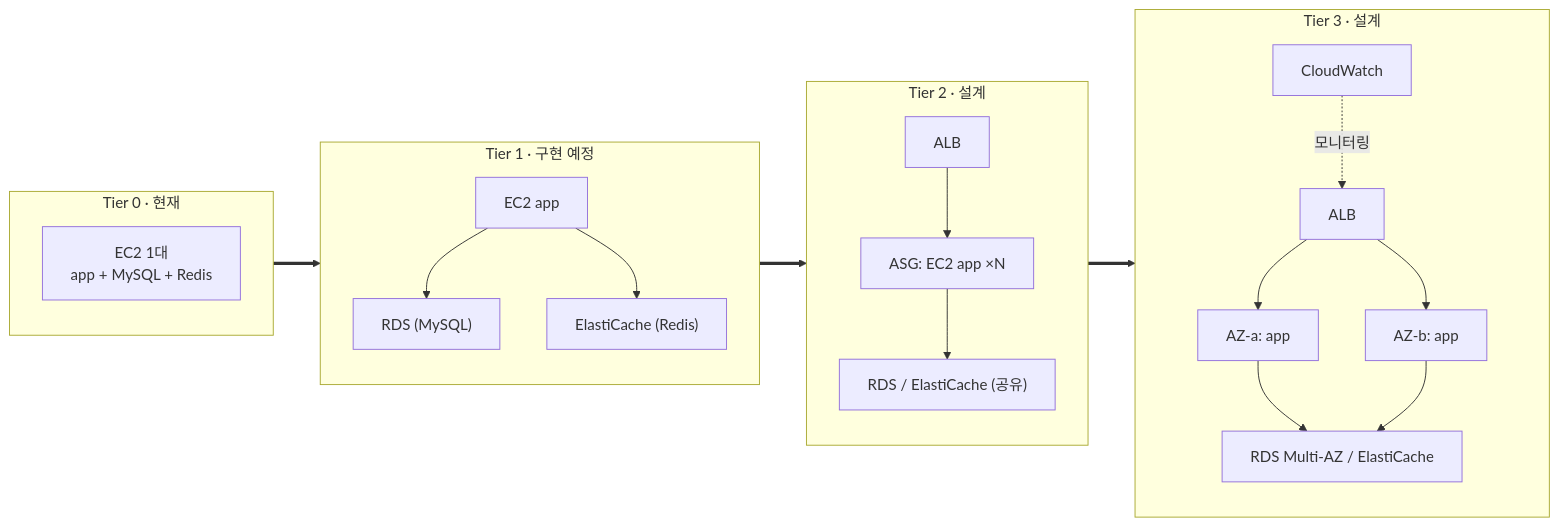
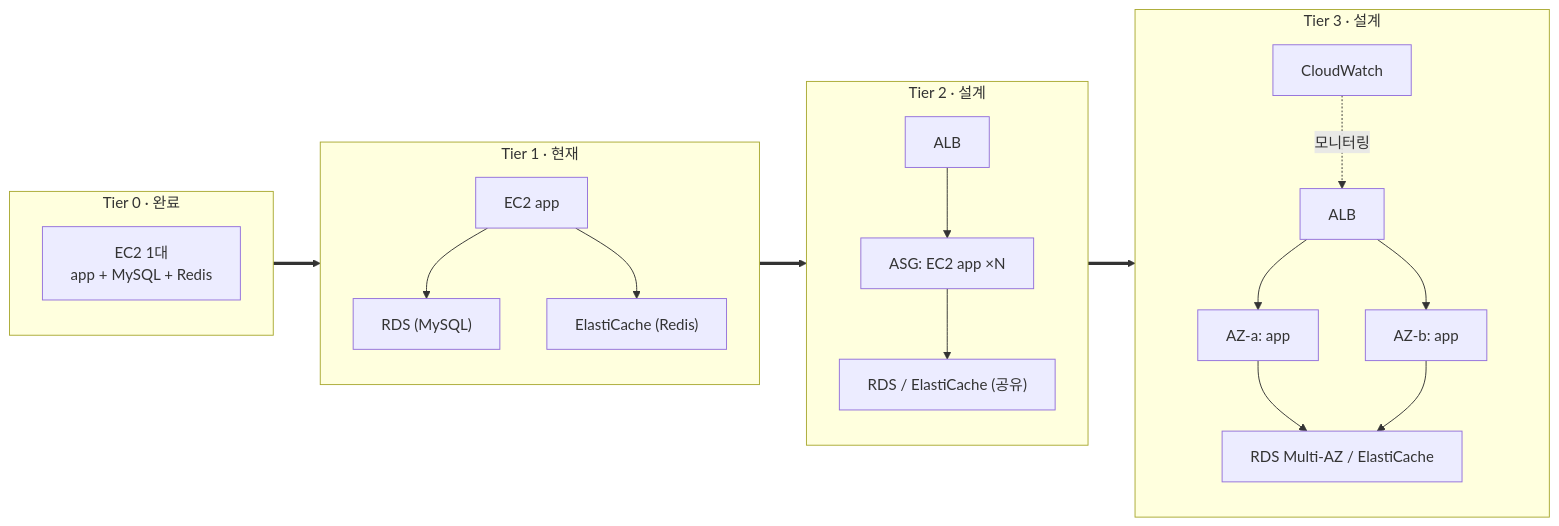
The second of 2 diagrams in docs/infra.md (NohGar/DrawRace2026-extended), drawn with Mermaid before and after one commit. The commit also changed other lines of this file, not shown here.

First line of the commit message:
docs: infra.md Tier 1 전환 반영

````diff
--- a/docs/infra.md
+++ b/docs/infra.md
@@ -68,26 +83,26 @@
 ```mermaid
 flowchart LR
-    subgraph T0["Tier 0 · 현재"]
+    subgraph T0["Tier 0 · 완료"]
         direction TB
         T0A["EC2 1대<br/>app + MySQL + Redis"]
     end
-    subgraph T1["Tier 1 · 구현 예정"]
+    subgraph T1["Tier 1 · 현재"]
         direction TB
         T1A["EC2 app"] --> T1B["RDS (MySQL)"]
         T1A --> T1C["ElastiCache (Redis)"]
     end
     subgraph T2["Tier 2 · 설계"]
         direction TB
         T2LB["ALB"] --> T2A["ASG: EC2 app ×N"]
         T2A --> T2DB["RDS / ElastiCache (공유)"]
     end
     subgraph T3["Tier 3 · 설계"]
         direction TB
         T3LB["ALB"] --> T3A["AZ-a: app"]
         T3LB --> T3B["AZ-b: app"]
         T3A --> T3DB["RDS Multi-AZ / ElastiCache"]
         T3B --> T3DB
         T3CW["CloudWatch"] -.모니터링.-> T3LB
     end
     T0 ==> T1 ==> T2 ==> T3
 ```
````
